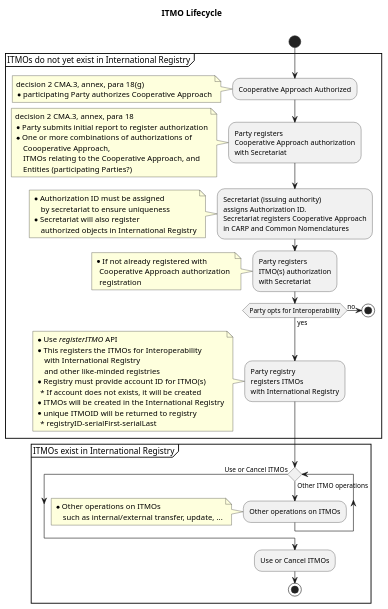
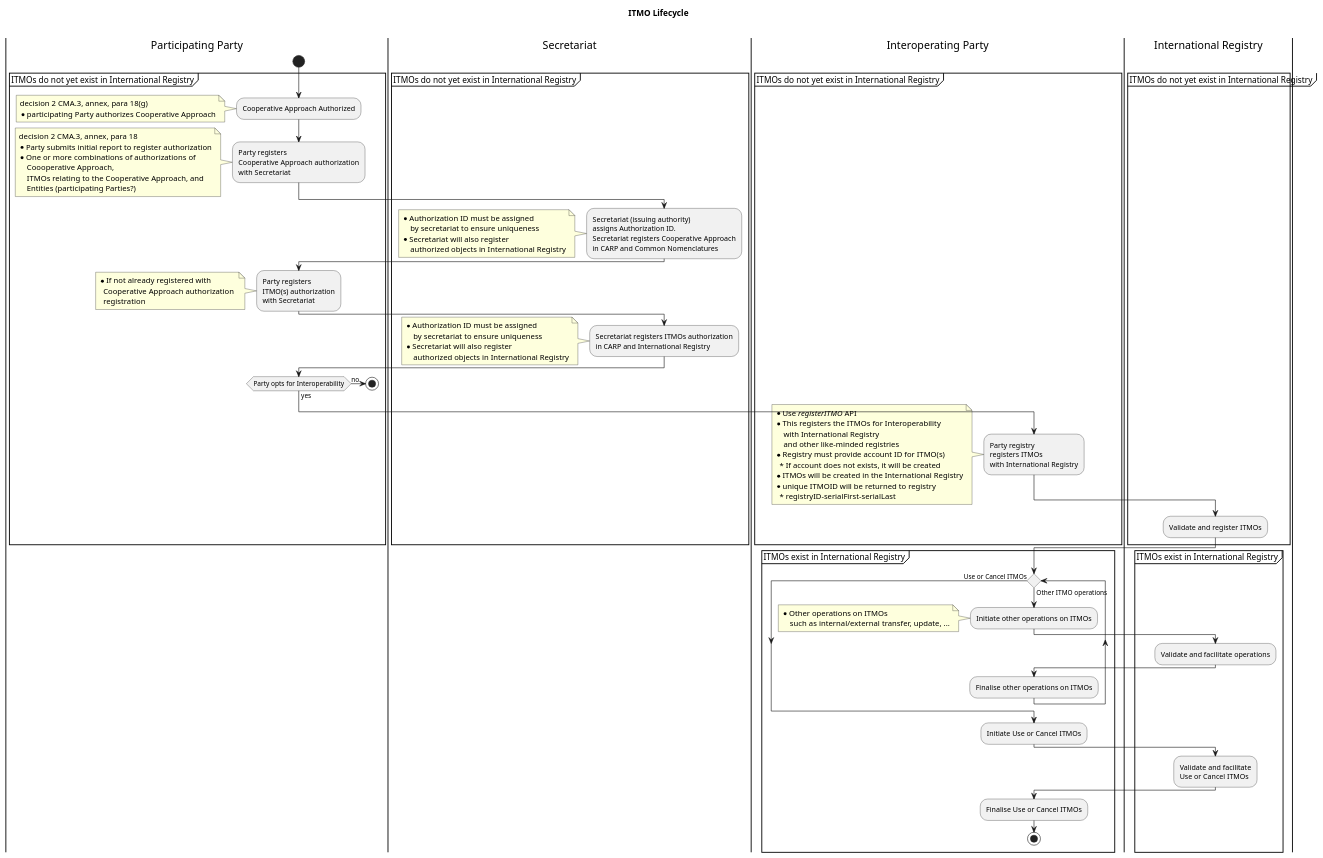
Before and after one commit to frankcnng/CARP: the diagram in diagrams/ITMO Lifecycle Activity.puml, drawn with PlantUML.

Commit message:
Update ITMO Lifecycle Activity.puml
Added swim lanes and international registry activities

```diff
--- a/diagrams/ITMO Lifecycle Activity.puml
+++ b/diagrams/ITMO Lifecycle Activity.puml
@@ -1,88 +1,113 @@
 @startuml
 
 title ITMO Lifecycle \n
+|Participating Party|
 
 start
 
 partition ITMOs do not yet exist in International Registry {
     
     :Cooperative Approach Authorized;
       note left
         decision 2 CMA.3, annex, para 18(g)
         * participating Party authorizes Cooperative Approach
       end note
   
     :Party registers
     Cooperative Approach authorization
     with Secretariat;
       note left
         decision 2 CMA.3, annex, para 18
         * Party submits initial report to register authorization
         * One or more combinations of authorizations of
             Coooperative Approach,
             ITMOs relating to the Cooperative Approach, and
             Entities (participating Parties?)
       end note
-  
+    |Secretariat|
     :Secretariat (issuing authority)
     assigns Authorization ID.
     Secretariat registers Cooperative Approach
     in CARP and Common Nomenclatures;
       note left
         * Authorization ID must be assigned
             by secretariat to ensure uniqueness
         * Secretariat will also register 
             authorized objects in International Registry
       end note
-    
+    |Participating Party|
     :Party registers 
     ITMO(s) authorization
     with Secretariat;
-    
-    note left
-        * If not already registered with 
-          Cooperative Approach authorization 
-          registration
-    end note
-  
+      note left
+          * If not already registered with 
+            Cooperative Approach authorization 
+            registration
+      end note
+
+    |Secretariat|
+    :Secretariat registers ITMOs authorization
+    in CARP and International Registry;
+      note left
+        * Authorization ID must be assigned
+            by secretariat to ensure uniqueness
+        * Secretariat will also register 
+            authorized objects in International Registry
+      end note
+
+    |Participating Party|
     if (Party opts for Interoperability) then (yes)
   
+      |Interoperating Party|
       :Party registry
       registers ITMOs
       with International Registry;
         note left
         * Use //registerITMO// API
         * This registers the ITMOs for Interoperability
             with International Registry
             and other like-minded registries
         * Registry must provide account ID for ITMO(s)
           * If account does not exists, it will be created
         * ITMOs will be created in the International Registry
         * unique ITMOID will be returned to registry
           * registryID-serialFirst-serialLast
         end note
-      
+      |International Registry|
+      :Validate and register ITMOs;
+
+      |Interoperating Party|
     else (no)
+      |Participating Party|
       stop
     
   endif
 }
 
+|Interoperating Party|
 partition ITMOs exist in International Registry {
     
   while () is (Other ITMO operations)
   
-    :Other operations on ITMOs;
+    :Initiate other operations on ITMOs;
       note left
       * Other operations on ITMOs
           such as internal/external transfer, update, ...
       end note
-    
+    |International Registry|
+    :Validate and facilitate operations;
+    |Interoperating Party|
+    :Finalise other operations on ITMOs;
   endwhile (Use or Cancel ITMOs)
-    :Use or Cancel ITMOs;
+    :Initiate Use or Cancel ITMOs;
+    |International Registry|
+    :Validate and facilitate
+    Use or Cancel ITMOs;
+    |Interoperating Party|
+    :Finalise Use or Cancel ITMOs;
     stop
 
     
 }
 
 @enduml
```
